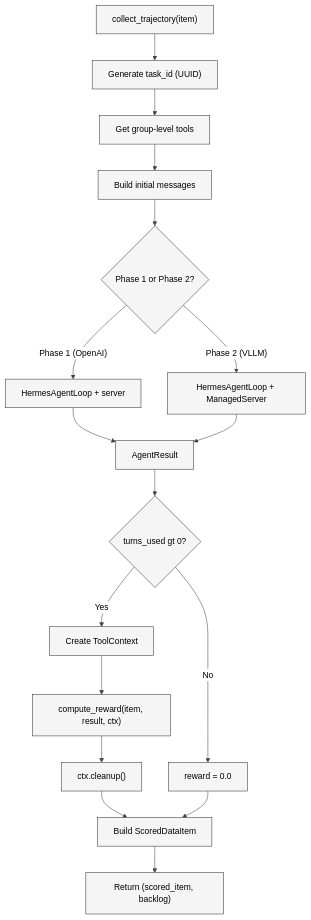
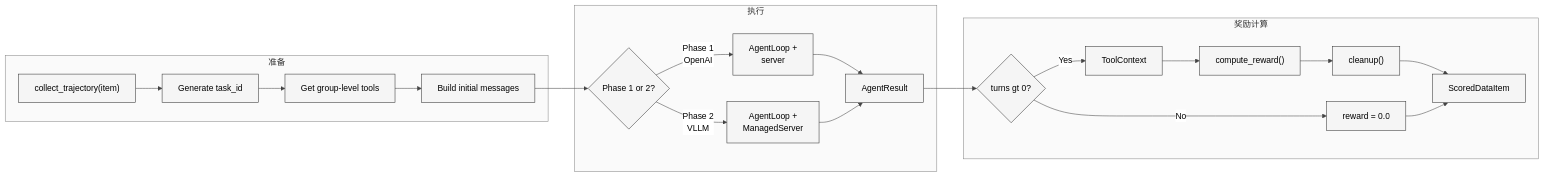
Before and after one commit to xiaonancs/hermes-agent-study: the second of 2 diagrams in Part II 源码分析/25-RL与训练环境.md, drawn with Mermaid. The commit also changed other lines of this file and 32 other files, not shown here.

First line of the commit message:
Mermaid 图表修复：白色背景板 + 长宽比优化

````diff
--- a/Part II 源码分析/25-RL与训练环境.md
+++ b/Part II 源码分析/25-RL与训练环境.md
@@ -103,20 +103,25 @@
 ```mermaid
 %%{init: {'theme': 'neutral', 'themeVariables': {'background': '#ffffff', 'primaryColor': '#f5f5f5', 'primaryTextColor': '#000000', 'primaryBorderColor': '#333333', 'lineColor': '#444444', 'textColor': '#000000', 'mainBkg': '#f5f5f5', 'nodeBorder': '#333333', 'clusterBkg': '#fafafa', 'clusterBorder': '#888888', 'edgeLabelBackground': '#ffffff'}}}%%
-flowchart TD
-    START["collect_trajectory(item)"] --> UUID["Generate task_id (UUID)"]
-    UUID --> TOOLS["Get group-level tools"]
-    TOOLS --> MSGS["Build initial messages"]
-    MSGS --> MODE{"Phase 1 or Phase 2?"}
-    MODE -->|"Phase 1 (OpenAI)"| P1["HermesAgentLoop + server"]
-    MODE -->|"Phase 2 (VLLM)"| P2["HermesAgentLoop + ManagedServer"]
-    P1 --> RESULT["AgentResult"]
-    P2 --> RESULT
-    RESULT --> CHECK{"turns_used gt 0?"}
-    CHECK -->|No| ZERO["reward = 0.0"]
-    CHECK -->|Yes| CTX["Create ToolContext"]
-    CTX --> REWARD["compute_reward(item, result, ctx)"]
-    REWARD --> CLEANUP["ctx.cleanup()"]
-    CLEANUP --> BUILD["Build ScoredDataItem"]
-    ZERO --> BUILD
-    BUILD --> DONE["Return (scored_item, backlog)"]
+flowchart LR
+    subgraph prepare ["准备"]
+        START["collect_trajectory(item)"] --> UUID["Generate task_id"]
+        UUID --> TOOLS["Get group-level tools"]
+        TOOLS --> MSGS["Build initial messages"]
+    end
+    subgraph execute ["执行"]
+        MSGS --> MODE{"Phase 1 or 2?"}
+        MODE -->|"Phase 1<br/>OpenAI"| P1["AgentLoop +<br/>server"]
+        MODE -->|"Phase 2<br/>VLLM"| P2["AgentLoop +<br/>ManagedServer"]
+        P1 --> RESULT["AgentResult"]
+        P2 --> RESULT
+    end
+    subgraph reward ["奖励计算"]
+        RESULT --> CHECK{"turns gt 0?"}
+        CHECK -->|No| ZERO["reward = 0.0"]
+        CHECK -->|Yes| CTX["ToolContext"]
+        CTX --> RW["compute_reward()"]
+        RW --> CLEAN["cleanup()"]
+        CLEAN --> BUILD["ScoredDataItem"]
+        ZERO --> BUILD
+    end
 ```
````
